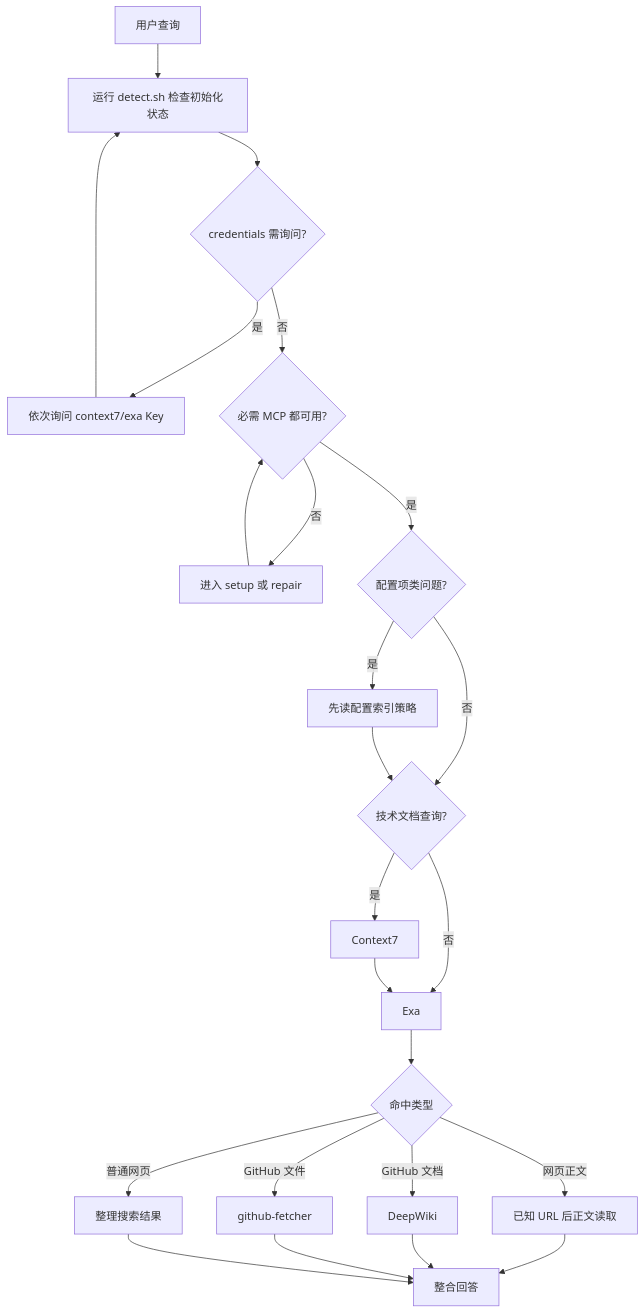
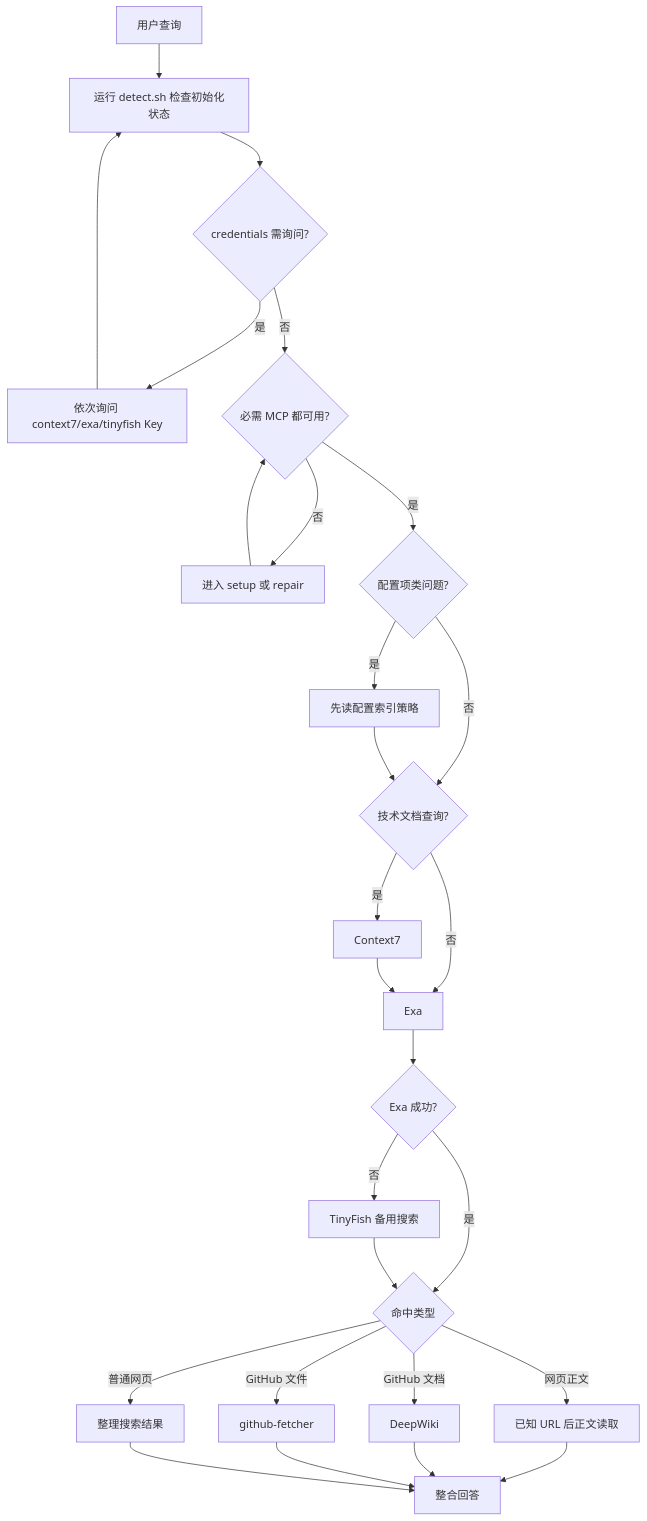
One commit to karthrand/karthrand-ai-public changed the first of 2 diagrams in skills/search-web/examples/usage.md. Above: the diagram before and after it, drawn with Mermaid. The commit also changed other lines of this file and 5 other files, not shown here.

Commit message:
合入 TinyFish 作为 search-web 备用搜索

````diff
--- a/skills/search-web/examples/usage.md
+++ b/skills/search-web/examples/usage.md
@@ -16,26 +16,29 @@
 ```mermaid
 graph TD
     A[用户查询] --> B[运行 detect.sh 检查初始化状态]
     B --> C{credentials 需询问?}
-    C -->|是| C1[依次询问 context7/exa Key]
+    C -->|是| C1[依次询问 context7/exa/tinyfish Key]
     C1 --> B
     C -->|否| D{必需 MCP 都可用?}
     D -->|否| E[进入 setup 或 repair]
     E --> D
     D -->|是| F{配置项类问题?}
     F -->|是| G[先读配置索引策略]
     F -->|否| H{技术文档查询?}
     G --> H
     H -->|是| I[Context7]
     H -->|否| J[Exa]
     I --> J
-    J --> K{命中类型}
-    K -->|网页正文| L[已知 URL 后正文读取]
-    K -->|GitHub 文档| M[DeepWiki]
-    K -->|GitHub 文件| N[github-fetcher]
-    K -->|普通网页| O[整理搜索结果]
+    J --> K{Exa 成功?}
+    K -->|否| TF[TinyFish 备用搜索]
+    K -->|是| R{命中类型}
+    TF --> R
+    R -->|网页正文| L[已知 URL 后正文读取]
+    R -->|GitHub 文档| M[DeepWiki]
+    R -->|GitHub 文件| N[github-fetcher]
+    R -->|普通网页| O[整理搜索结果]
     L --> P[整合回答]
     M --> P
     N --> P
     O --> P
 ```
````
